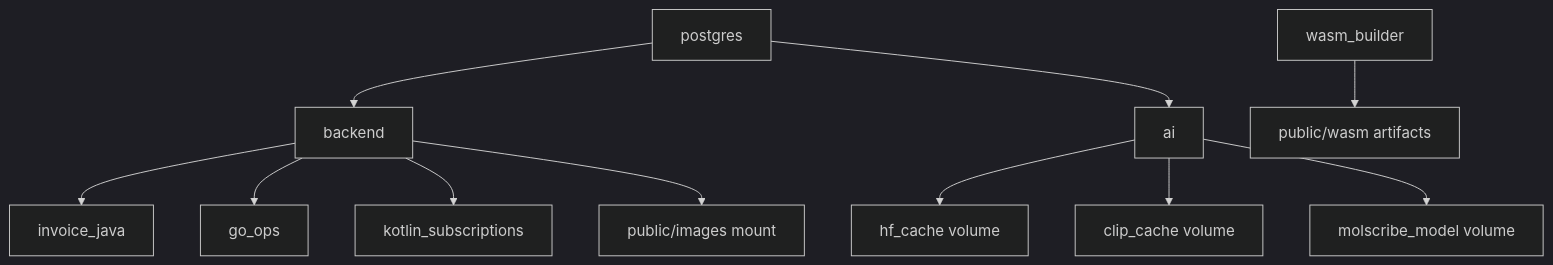
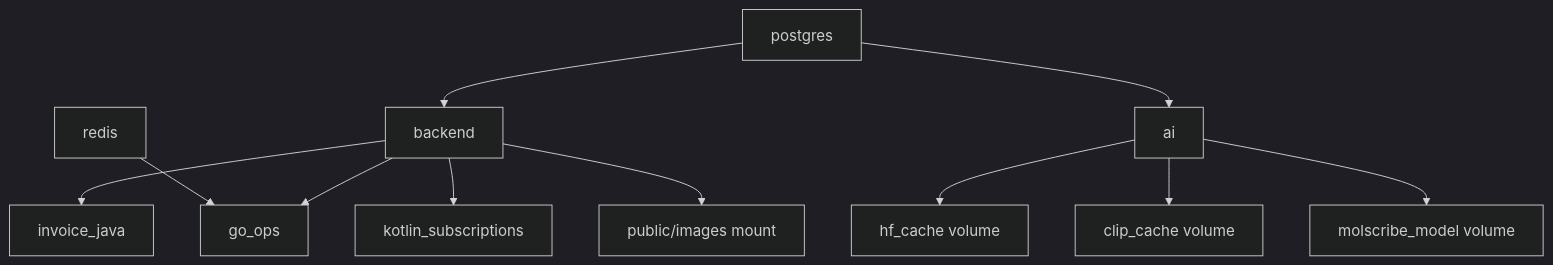
One commit to DarkShadow1107/filspresso_next changed the diagram in docs/uml/compose-dependency-graph.mmd. Above: the diagram before and after it, drawn with Mermaid (dark theme). The commit also changed 62 other files, not shown here.

```diff
--- a/docs/uml/compose-dependency-graph.mmd
+++ b/docs/uml/compose-dependency-graph.mmd
@@ -1,11 +1,11 @@
 flowchart TD
     PG[postgres] --> BE[backend]
+    RD[redis] --> GO[go_ops]
     PG --> AI[ai]
     BE --> JI[invoice_java]
     BE --> GO[go_ops]
     BE --> KS[kotlin_subscriptions]
-    WB[wasm_builder] --> PW[public/wasm artifacts]
     BE --> IMG[public/images mount]
     AI --> HFC[hf_cache volume]
     AI --> CLC[clip_cache volume]
     AI --> MSC[molscribe_model volume]
```
